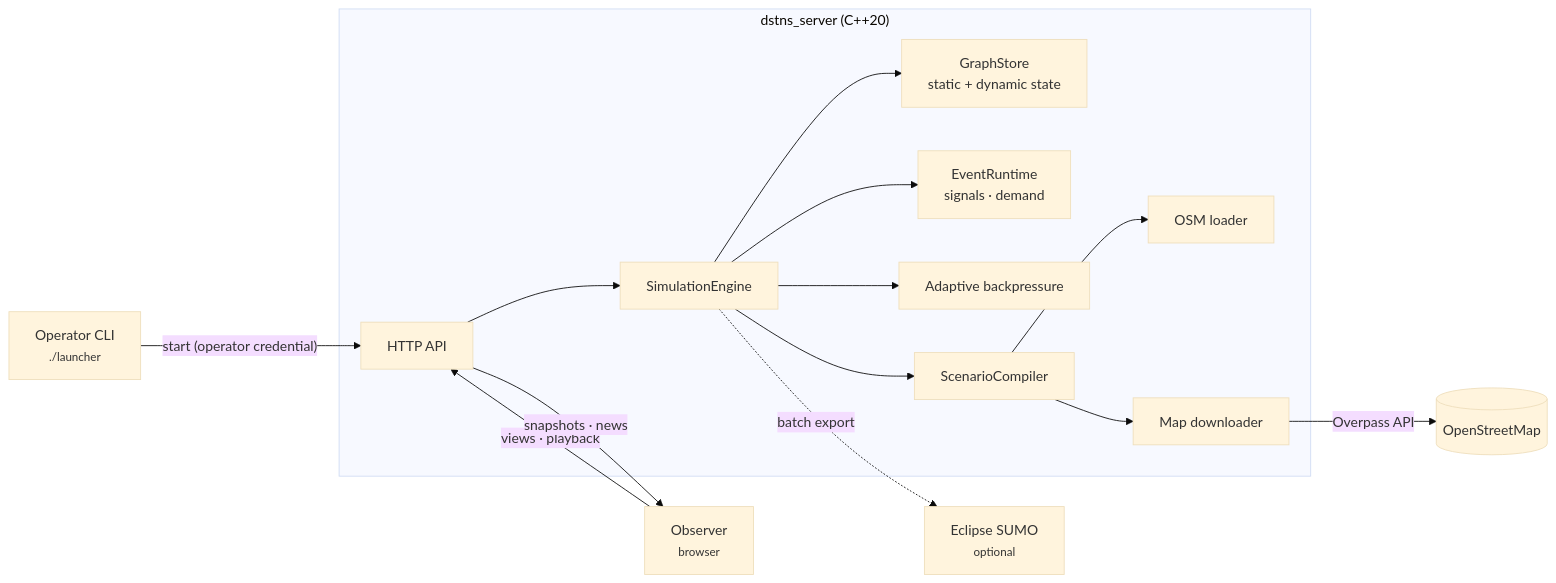
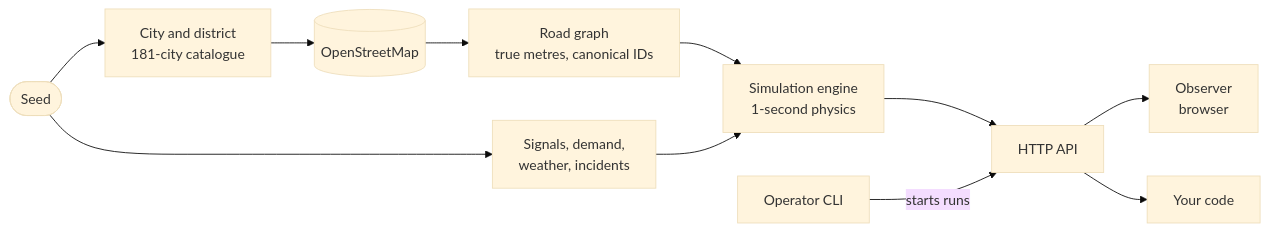
The diagram in docs/index.md (varunkarthic/DSTNS), drawn with Mermaid (base theme) before and after one commit. The commit also changed other lines of this file and 3 other files, not shown here.

````diff
--- a/docs/index.md
+++ b/docs/index.md
@@ -91,17 +123,13 @@
 ```mermaid
 flowchart LR
-    CLI["Operator CLI<br/><small>./launcher</small>"] -- "start (operator credential)" --> API
-    subgraph Core["dstns_server (C++20)"]
-        API["HTTP API"] --> Engine["SimulationEngine"]
-        Engine --> Graph["GraphStore<br/>static + dynamic state"]
-        Engine --> Events["EventRuntime<br/>signals · demand"]
-        Engine --> ASB["Adaptive backpressure"]
-        Engine --> Compiler["ScenarioCompiler"]
-        Compiler --> OSM["OSM loader"]
-        Compiler --> Fetch["Map downloader"]
-    end
-    Fetch -- "Overpass API" --> OSMNet[("OpenStreetMap")]
-    Observer["Observer<br/><small>browser</small>"] -- "views · playback" --> API
-    API -- "snapshots · news" --> Observer
-    Engine -. "batch export" .-> SUMO["Eclipse SUMO<br/><small>optional</small>"]
+    Seed(["Seed"]) --> Place["City and district<br/>181-city catalogue"]
+    Place --> OSM[("OpenStreetMap")]
+    OSM --> Graph["Road graph<br/>true metres, canonical IDs"]
+    Seed --> Sched["Signals, demand,<br/>weather, incidents"]
+    Graph --> Engine["Simulation engine<br/>1-second physics"]
+    Sched --> Engine
+    Engine --> API["HTTP API"]
+    API --> Observer["Observer<br/>browser"]
+    API --> Client["Your code"]
+    CLI["Operator CLI"] -- "starts runs" --> API
 ```
````
